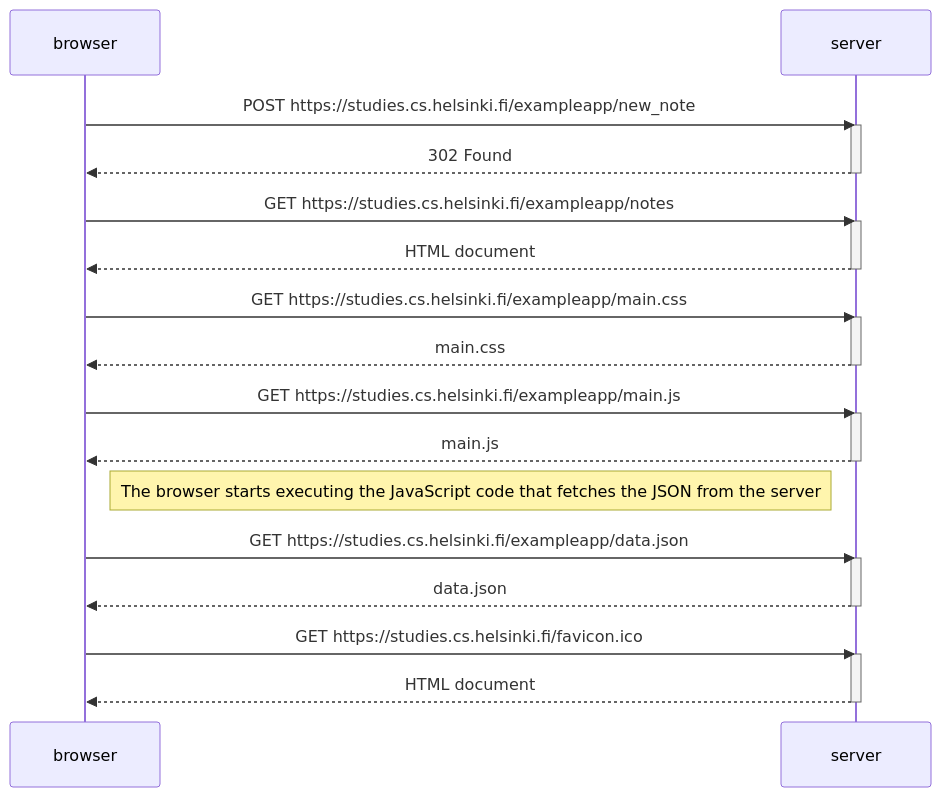
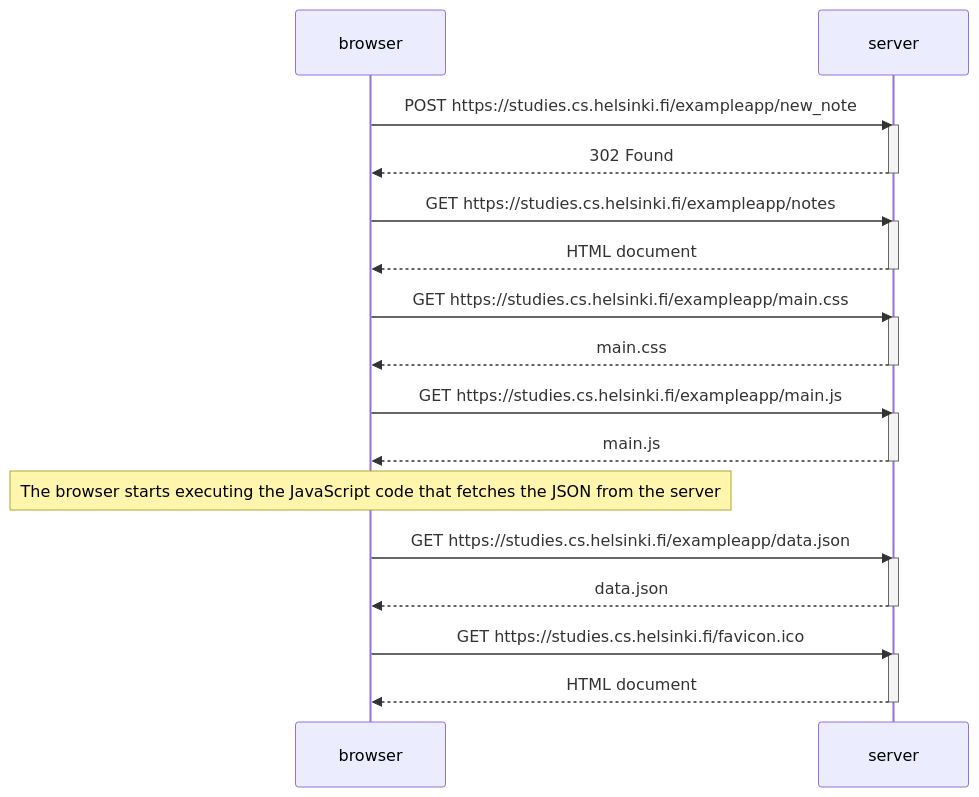
The diagram in part0/0.4.md (joekbullard/helsinki-mooc), drawn with Mermaid before and after one commit.

````diff
--- a/part0/0.4.md
+++ b/part0/0.4.md
@@ -1,38 +1,38 @@
 ```mermaid
 sequenceDiagram
     participant browser
     participant server
     
     browser->>server: POST https://studies.cs.helsinki.fi/exampleapp/new_note
     activate server
     server-->>browser: 302 Found
     deactivate server
     
     browser->>server: GET https://studies.cs.helsinki.fi/exampleapp/notes
     activate server
     server-->>browser: HTML document
     deactivate server
     
     browser->>server: GET https://studies.cs.helsinki.fi/exampleapp/main.css
     activate server
     server-->>browser: main.css
     deactivate server
 
     browser->>server: GET https://studies.cs.helsinki.fi/exampleapp/main.js
     activate server
     server-->>browser: main.js
     deactivate server
     
-    Note right of browser: The browser starts executing the JavaScript code that fetches the JSON from the server
+    Note over browser: The browser starts executing the JavaScript code that fetches the JSON from the server
     
     browser->>server: GET https://studies.cs.helsinki.fi/exampleapp/data.json
     activate server
     server-->>browser: data.json
     deactivate server
     
     browser->>server: GET https://studies.cs.helsinki.fi/favicon.ico
     activate server
     server-->>browser: HTML document
     deactivate server
 
 ```    
````
